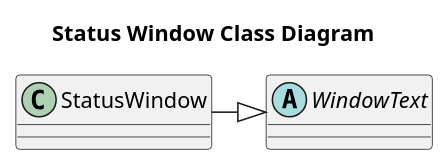
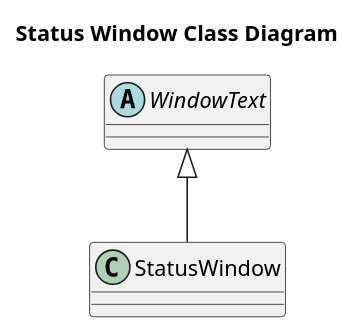
Before and after one commit to dgitz/eros: the diagram in doc/SystemMonitor/Windows/StatusWindow/StatusWindowClassDiagram.puml, drawn with PlantUML. The commit also changed 44 other files, not shown here.

```diff
--- a/doc/SystemMonitor/Windows/StatusWindow/StatusWindowClassDiagram.puml
+++ b/doc/SystemMonitor/Windows/StatusWindow/StatusWindowClassDiagram.puml
@@ -1,10 +1,10 @@
 @startuml
 title "Status Window Class Diagram"
 abstract WindowText {
     
 }
 class StatusWindow {
 
 }
-StatusWindow -|> WindowText
+WindowText <|-- StatusWindow
 @enduml
```
